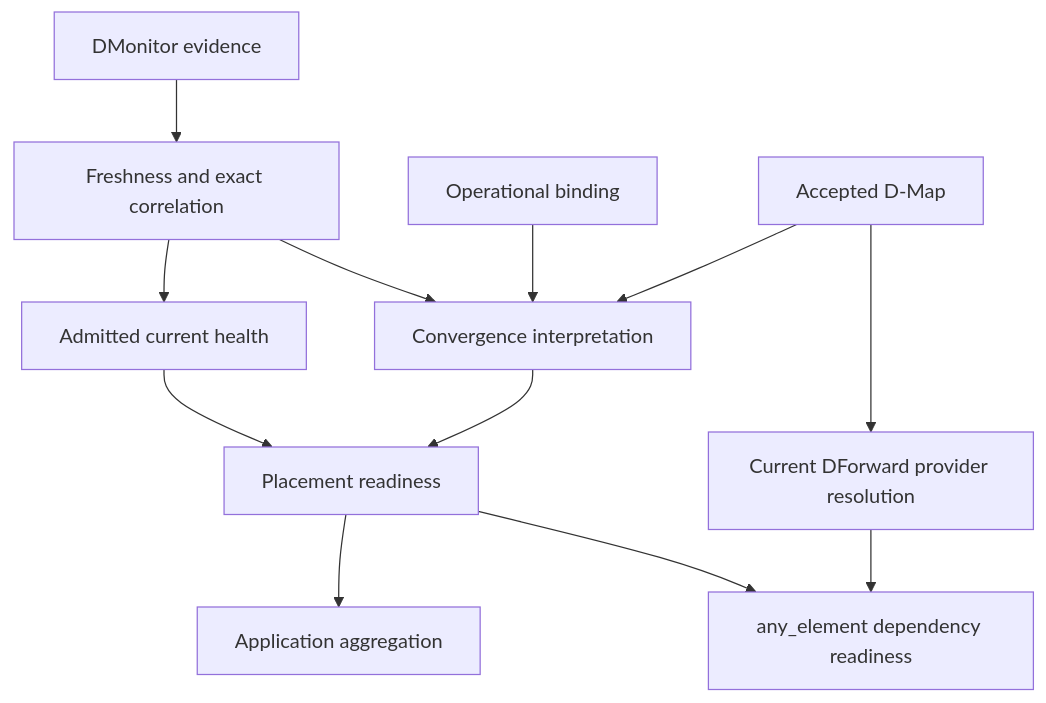
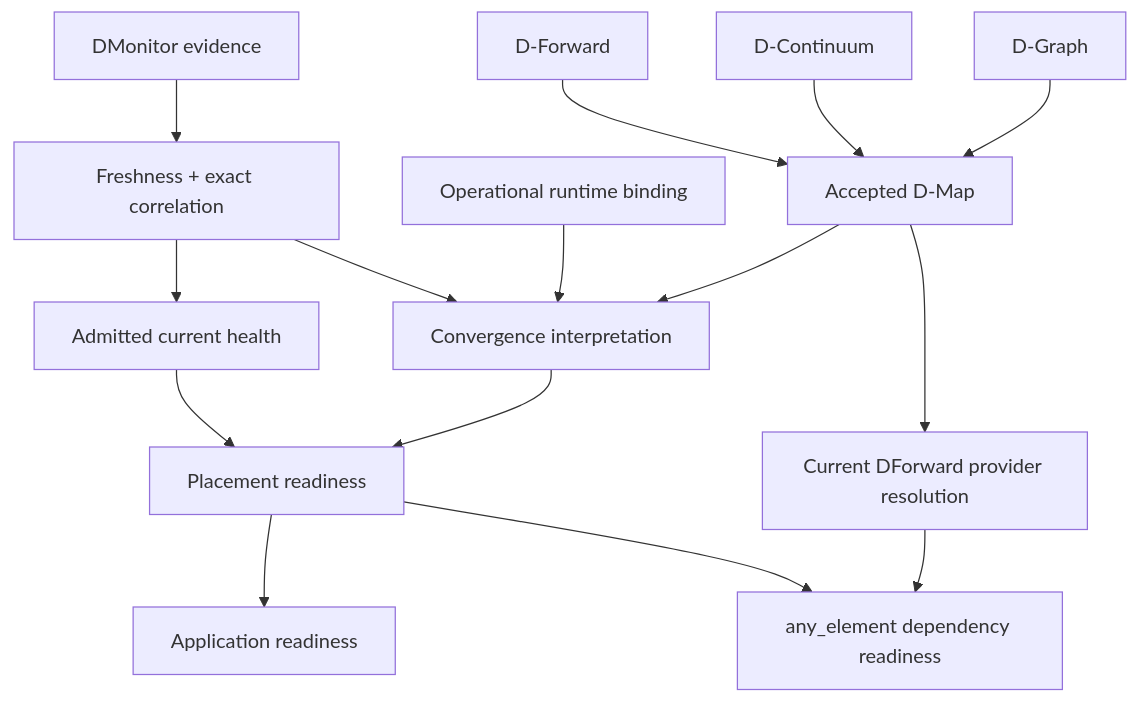
One commit to dnredson/datum-docs changed the diagram in docs/architecture/index.md. Above: the diagram before and after it, drawn with Mermaid. The commit also changed other lines of this file and 11 other files, not shown here.

````diff
--- a/docs/architecture/index.md
+++ b/docs/architecture/index.md
@@ -17,14 +29,17 @@
 ```mermaid
 flowchart TD
-    A["Accepted D-Map"] --> C["Convergence interpretation"]
-    B["Operational binding"] --> C
-    E["DMonitor evidence"] --> F["Freshness and exact correlation"]
+    DG["D-Graph"] --> A["Accepted D-Map"]
+    CONT["D-Continuum"] --> A
+    DF["D-Forward"] --> A
+    A --> C["Convergence interpretation"]
+    B["Operational runtime binding"] --> C
+    E["DMonitor evidence"] --> F["Freshness + exact correlation"]
     F --> C
     F --> H["Admitted current health"]
     C --> R["Placement readiness"]
     H --> R
-    R --> G["Application aggregation"]
+    R --> G["Application readiness"]
     A --> P["Current DForward provider resolution"]
     P --> D["any_element dependency readiness"]
     R --> D
 ```
````
